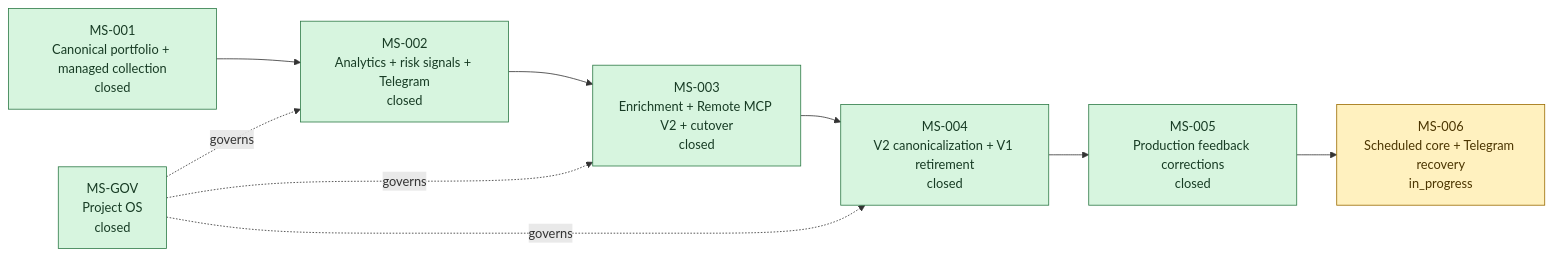
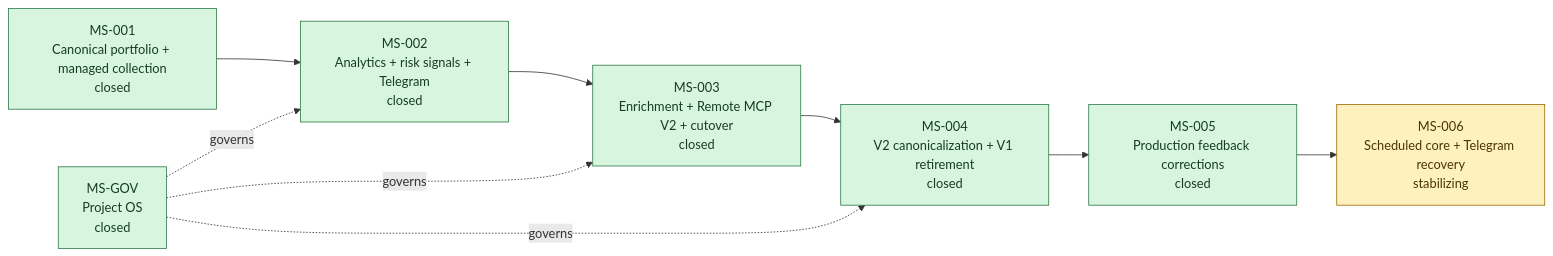
One commit to meringue5/KIS_Portfolio_MCP changed the first of 3 diagrams in docs/milestones/README.md. Above: the diagram before and after it, drawn with Mermaid. The commit also changed 5 other files, not shown here.

Commit message:
docs: record scheduled core recovery deployment evidence

````diff
--- a/docs/milestones/README.md
+++ b/docs/milestones/README.md
@@ -22,23 +22,23 @@
 ```mermaid
 flowchart LR
     MSGOV["MS-GOV<br/>Project OS<br/>closed"]
     MS1["MS-001<br/>Canonical portfolio + managed collection<br/>closed"]
     MS2["MS-002<br/>Analytics + risk signals + Telegram<br/>closed"]
     MS3["MS-003<br/>Enrichment + Remote MCP V2 + cutover<br/>closed"]
     MS4["MS-004<br/>V2 canonicalization + V1 retirement<br/>closed"]
     MS5["MS-005<br/>Production feedback corrections<br/>closed"]
-    MS6["MS-006<br/>Scheduled core + Telegram recovery<br/>in_progress"]
+    MS6["MS-006<br/>Scheduled core + Telegram recovery<br/>stabilizing"]
 
     MS1 --> MS2 --> MS3 --> MS4 --> MS5 --> MS6
     MSGOV -. governs .-> MS2
     MSGOV -. governs .-> MS3
     MSGOV -. governs .-> MS4
 
     classDef closed fill:#d7f5df,stroke:#2d7a46,color:#173b24;
     classDef verified fill:#e5f4ff,stroke:#0870a8,color:#123b72;
     classDef active fill:#fff1bf,stroke:#9a6b00,color:#4b3500;
     classDef proposed fill:#eef1f5,stroke:#667085,color:#344054;
     class MS1,MS2,MS3,MS4,MSGOV closed;
     class MS5 closed;
     class MS6 active;
 ```
````
